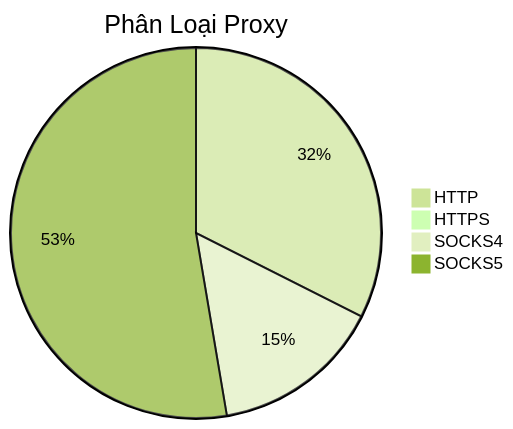
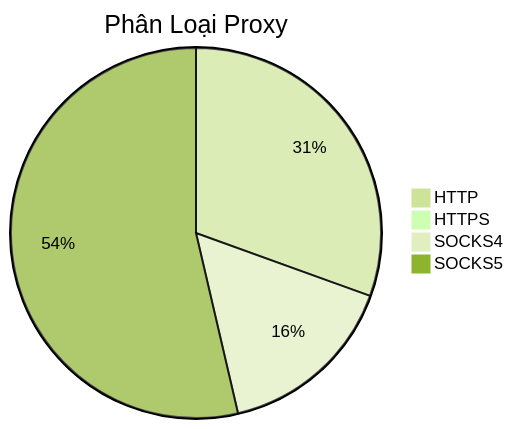
The diagram in README.md (Ciara-12/PROXY-free), drawn with Mermaid (forest theme) before and after one commit. The commit also changed other lines of this file and 3 other files, not shown here.

````diff
--- a/README.md
+++ b/README.md
@@ -26,7 +26,7 @@
 ```mermaid
 pie title Phân Loại Proxy
-    "HTTP" : 925
+    "HTTP" : 657
     "HTTPS" : 1
-    "SOCKS4" : 425
-    "SOCKS5" : 1502
+    "SOCKS4" : 341
+    "SOCKS5" : 1155
 ```
````
